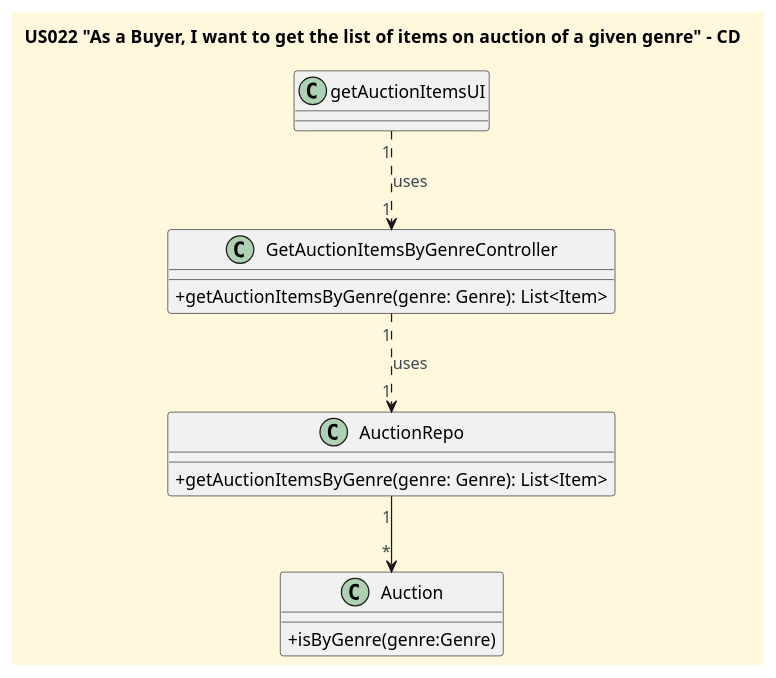
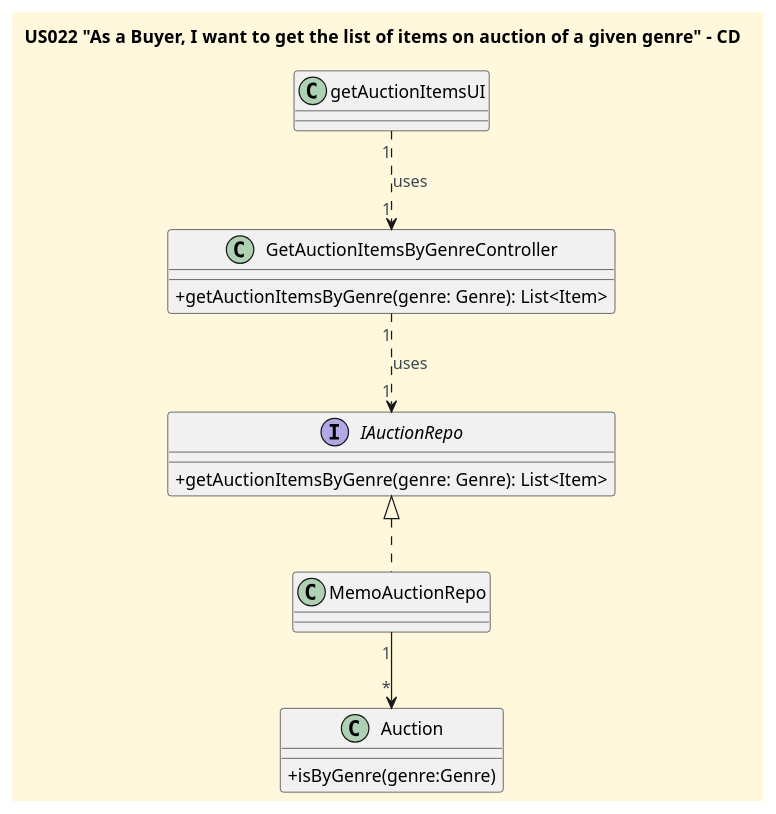
Before and after one commit to CarolinaLeite-collab/JavaMarketplacePlatform: the diagram in docs/userStories/US022/US022_get_the_list_of_items_on_auction_of_a_given_genre_CD.puml, drawn with PlantUML. The commit also changed 1 other file, not shown here.

Commit message:
docs(US022): update SD and CD for AddPublicationToList DDD reengineering.Adds to #379

```diff
--- a/docs/userStories/US022/US022_get_the_list_of_items_on_auction_of_a_given_genre_CD.puml
+++ b/docs/userStories/US022/US022_get_the_list_of_items_on_auction_of_a_given_genre_CD.puml
@@ -1,39 +1,42 @@
 @startuml
 'https://plantuml.com/class-diagram
 
 title US022 "As a Buyer, I want to get the list of items on auction of a given genre"  - CD
 
 
 '==== basic style ====
 skinparam monochrome false
 skinparam shadowing false
 skinparam defaultFontName Futura
 skinparam objectFontSize 20
 skinparam backgroundColor CornSilk
 skinparam objectBackgroundColor WhiteSmoke
 skinparam noteBackgroundColor #FFFFE0
 skinparam ArrowFontColor #3B4953
 skinparam ActivationBackgroundColor black
 skinparam classAttributeIconSize 0
 
 class getAuctionItemsUI{}
 
 class GetAuctionItemsByGenreController {
      +getAuctionItemsByGenre(genre: Genre): List<Item>
 }
 
-class AuctionRepo {
+interface IAuctionRepo {
+    +getAuctionItemsByGenre(genre: Genre): List<Item>
+}
 
-    +getAuctionItemsByGenre(genre: Genre): List<Item>
+class MemoAuctionRepo {
 }
 
 class Auction {
 +isByGenre(genre:Genre)
 }
 
 getAuctionItemsUI "1"..>"1" GetAuctionItemsByGenreController:uses
-GetAuctionItemsByGenreController "1"..> "1"AuctionRepo : uses
-AuctionRepo "1" --> "*"Auction
+GetAuctionItemsByGenreController "1"..> "1" IAuctionRepo : uses
+IAuctionRepo <|.. MemoAuctionRepo
+MemoAuctionRepo "1" --> "*"Auction
 
 
 @enduml
```
